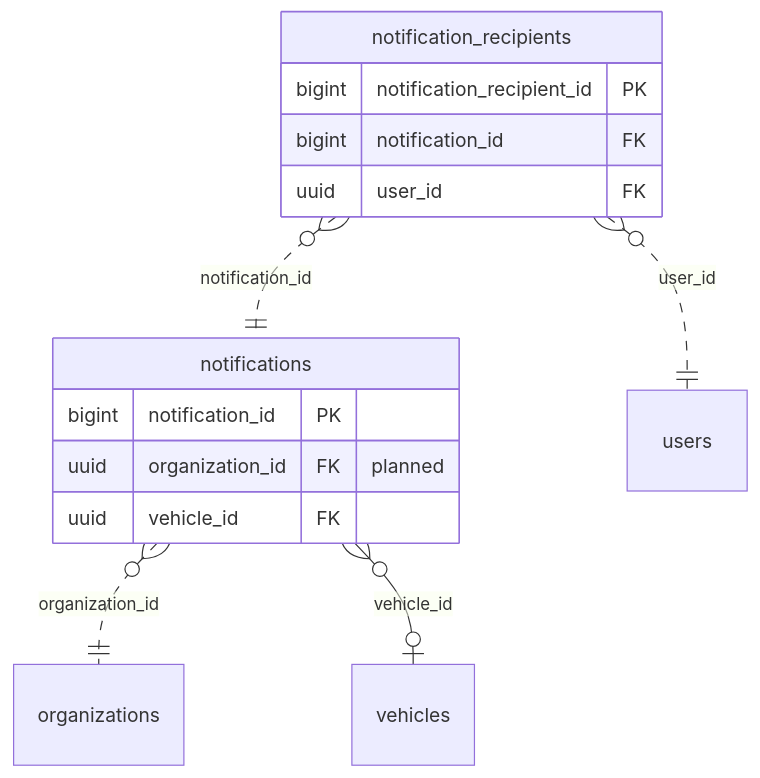
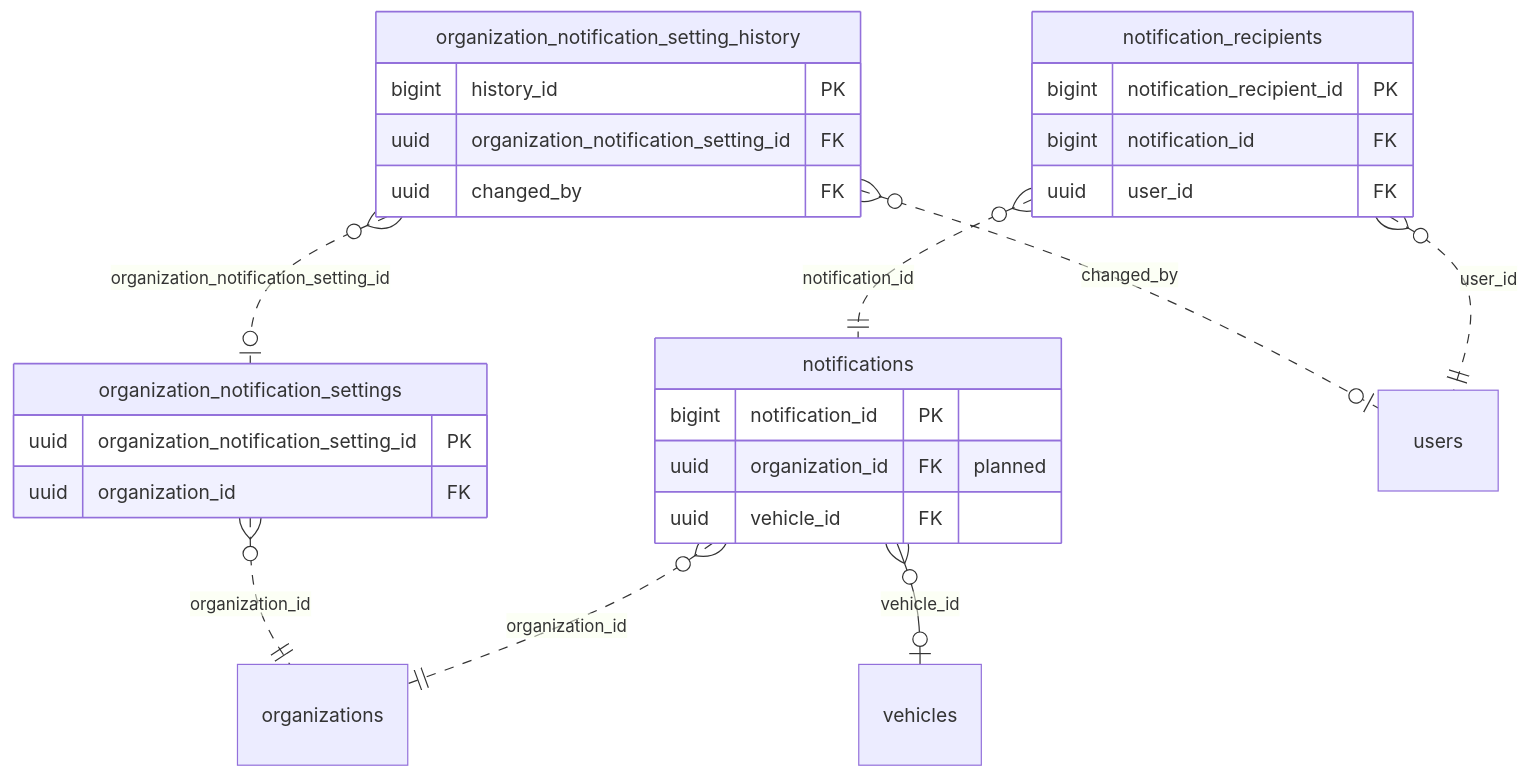
One commit to yolo-coccoc/G3Network-app changed the diagram in docs/design/domain-model/domains/notifications.md. Above: the diagram before and after it, drawn with Mermaid. The commit also changed other lines of this file and 14 other files, not shown here.

First line of the commit message:
docs(domain-model): add organization notification settings, close notifications

````diff
--- a/docs/design/domain-model/domains/notifications.md
+++ b/docs/design/domain-model/domains/notifications.md
@@ -16,17 +17,29 @@
 ```mermaid
 erDiagram
   notifications {
     bigint notification_id PK
     uuid organization_id FK "planned"
     uuid vehicle_id FK
   }
   notification_recipients {
     bigint notification_recipient_id PK
     bigint notification_id FK
     uuid user_id FK
   }
+  organization_notification_settings {
+    uuid organization_notification_setting_id PK
+    uuid organization_id FK
+  }
+  organization_notification_setting_history {
+    bigint history_id PK
+    uuid organization_notification_setting_id FK
+    uuid changed_by FK
+  }
   notifications }o..|| organizations : "organization_id"
   notifications }o--o| vehicles : "vehicle_id"
   notification_recipients }o..|| notifications : "notification_id"
   notification_recipients }o..|| users : "user_id"
+  organization_notification_settings }o..|| organizations : "organization_id"
+  organization_notification_setting_history }o..o| organization_notification_settings : "organization_notification_setting_id"
+  organization_notification_setting_history }o..o| users : "changed_by"
 ```
````
